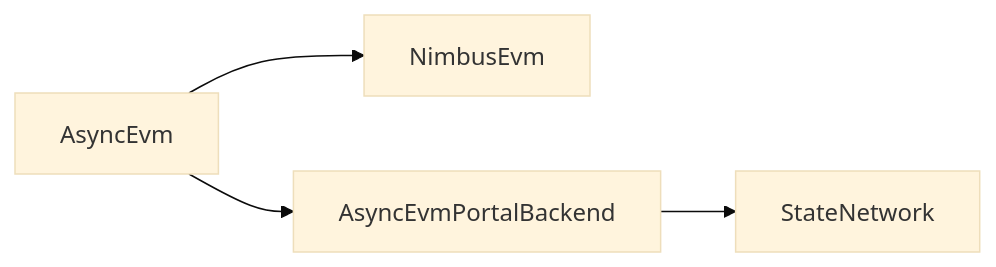
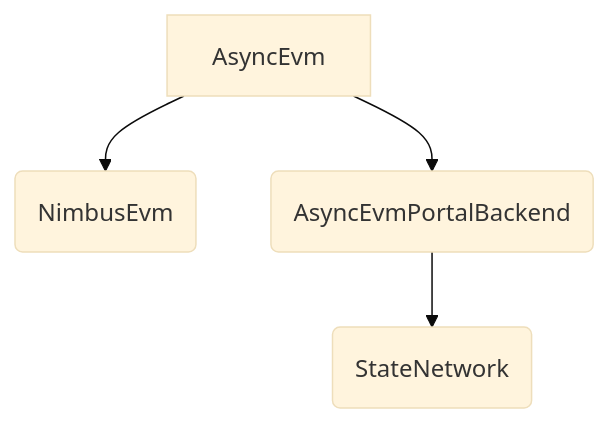
One commit to status-im/nimbus-eth1 changed the third of 3 diagrams in fluffy/docs/the_fluffy_book/docs/architecture.md. Above: the diagram before and after it, drawn with Mermaid (base theme). The commit also changed other lines of this file, not shown here.

Commit message:
Completed copy for architecture documentation.

````diff
--- a/fluffy/docs/the_fluffy_book/docs/architecture.md
+++ b/fluffy/docs/the_fluffy_book/docs/architecture.md
@@ -40,8 +73,8 @@
 ```mermaid
 
-graph LR
-  AsyncEvm --> NimbusEvm
-  AsyncEvm --> AsyncEvmPortalBackend
-  AsyncEvmPortalBackend --> StateNetwork
+graph TD;
+  AsyncEvm --> id1(NimbusEvm)
+  AsyncEvm --> id2(AsyncEvmPortalBackend)
+  id2(AsyncEvmPortalBackend) --> id3(StateNetwork)
 
 ```
````
